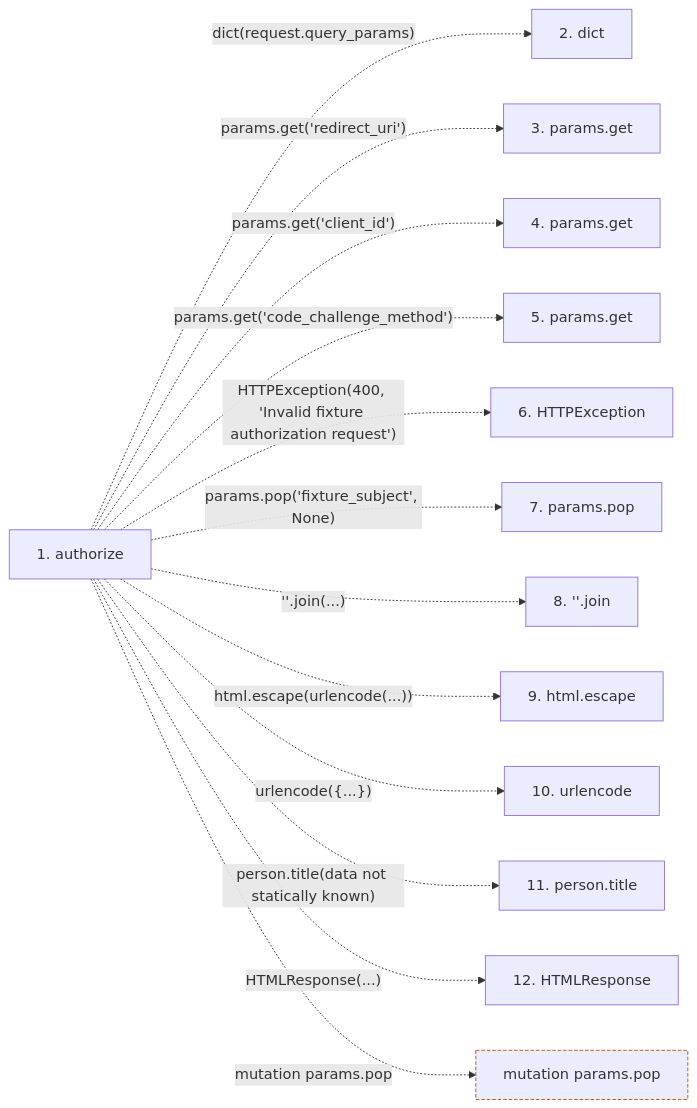
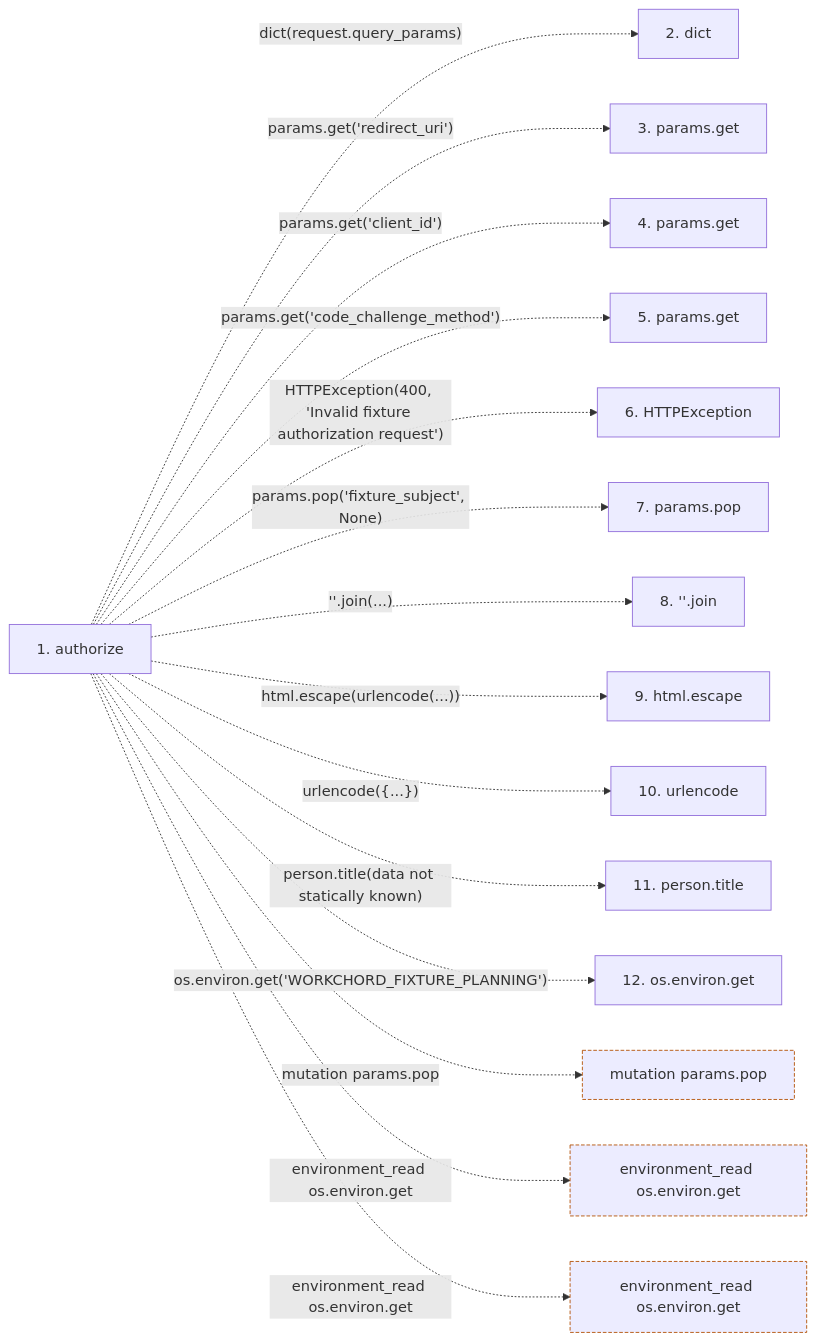
One commit to Denissvgn/WorkChord changed the second of 2 diagrams in docs/llm_wiki/flows/http-authorize.md. Above: the diagram before and after it, drawn with Mermaid. The commit also changed other lines of this file and 10148 other files, not shown here.

````diff
--- a/docs/llm_wiki/flows/http-authorize.md
+++ b/docs/llm_wiki/flows/http-authorize.md
@@ -46,31 +51,37 @@
 ```mermaid
 flowchart LR
     s1["1. authorize"]
     s2["2. dict"]
     s3["3. params.get"]
     s4["4. params.get"]
     s5["5. params.get"]
     s6["6. HTTPException"]
     s7["7. params.pop"]
     s8["8. ''.join"]
     s9["9. html.escape"]
     s10["10. urlencode"]
     s11["11. person.title"]
-    s12["12. HTMLResponse"]
+    s12["12. os.environ.get"]
     s1 -. "dict(request.query_params)" .-> s2
     s1 -. "params.get('redirect_uri')" .-> s3
     s1 -. "params.get('client_id')" .-> s4
     s1 -. "params.get('code_challenge_method')" .-> s5
     s1 -. "HTTPException(400, 'Invalid fixture authorization request')" .-> s6
     s1 -. "params.pop('fixture_subject', None)" .-> s7
     s1 -. "''.join(...)" .-> s8
     s1 -. "html.escape(urlencode(...))" .-> s9
     s1 -. "urlencode({...})" .-> s10
     s1 -. "person.title(data not statically known)" .-> s11
-    s1 -. "HTMLResponse(...)" .-> s12
+    s1 -. "os.environ.get('WORKCHORD_FIXTURE_PLANNING')" .-> s12
     b0["mutation params.pop"]
     s1 -. "mutation params.pop" .-> b0
+    b1["environment_read os.environ.get"]
+    s1 -. "environment_read os.environ.get" .-> b1
+    b2["environment_read os.environ.get"]
+    s1 -. "environment_read os.environ.get" .-> b2
     click s1 "../modules/serve_disposable_oidc.md"
     classDef boundary stroke:#b45309,stroke-dasharray: 4 2
     class b0 boundary
+    class b1 boundary
+    class b2 boundary
 ```
````
